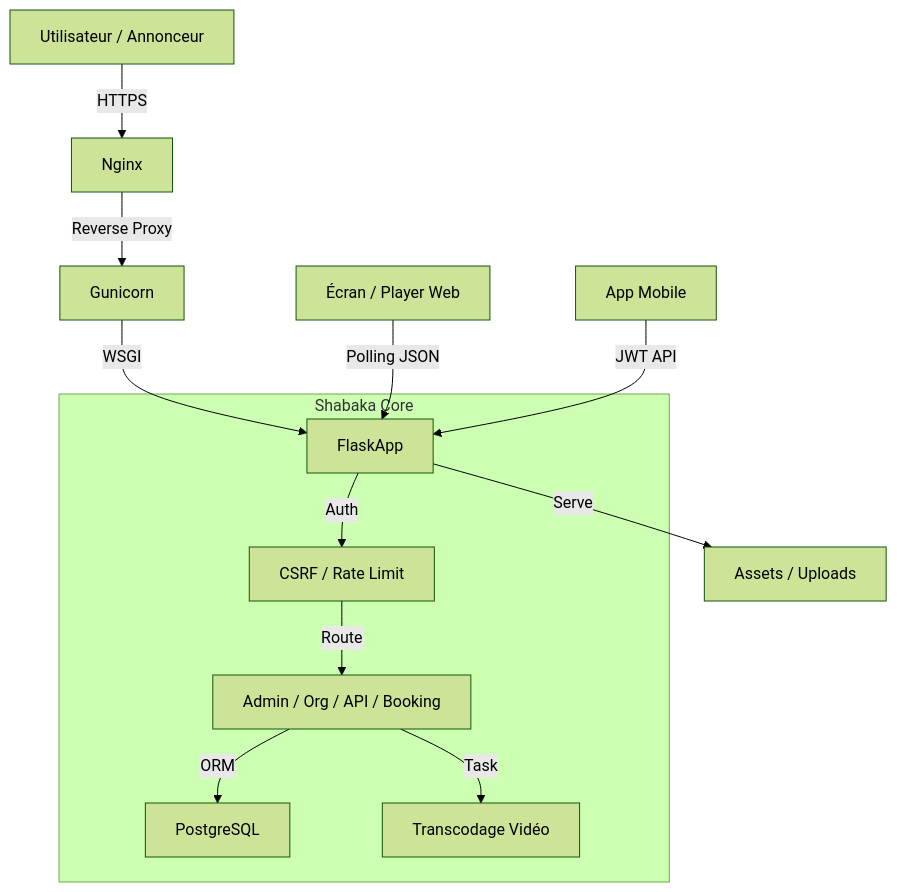
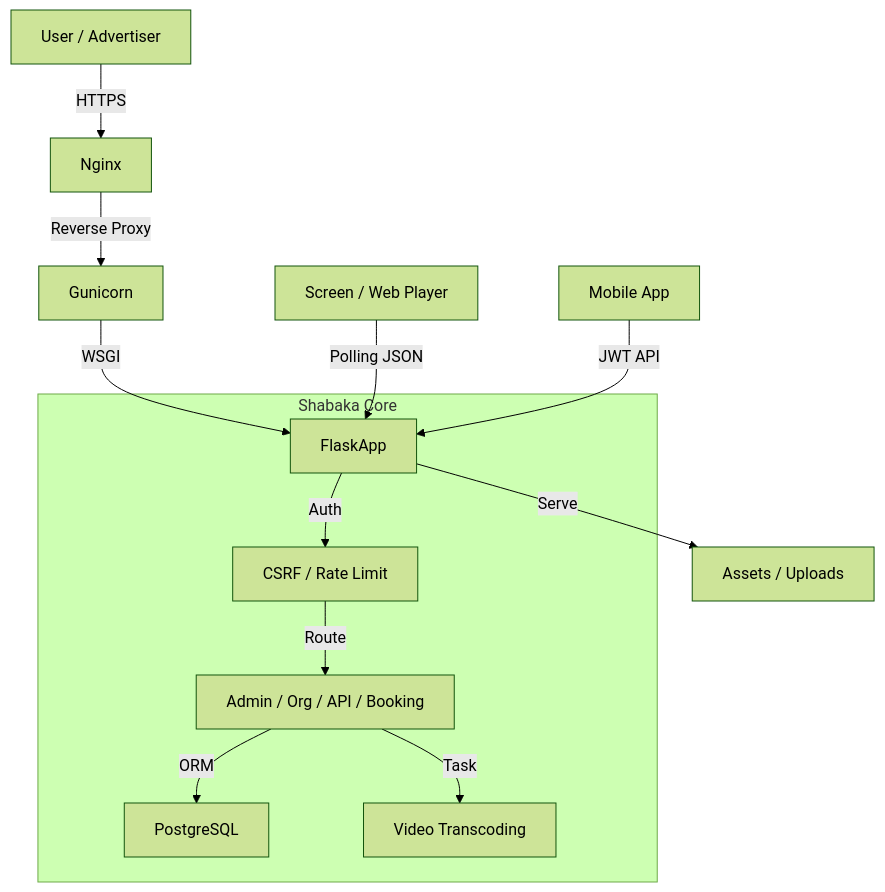
One commit to moa-digitalagency/AdScreen changed the diagram in README.md. Above: the diagram before and after it, drawn with Mermaid (forest theme). The commit also changed other lines of this file and 12 other files, not shown here.

````diff
--- a/README.md
+++ b/README.md
@@ -37,17 +41,17 @@
 ```mermaid
 graph TD
-    User[Utilisateur / Annonceur] -->|HTTPS| Nginx
+    User[User / Advertiser] -->|HTTPS| Nginx
     Nginx -->|Reverse Proxy| Gunicorn
     Gunicorn -->|WSGI| FlaskApp
 
     subgraph "Shabaka Core"
         FlaskApp -->|Auth| Security[CSRF / Rate Limit]
         Security -->|Route| Blueprints[Admin / Org / API / Booking]
         Blueprints -->|ORM| PostgreSQL
-        Blueprints -->|Task| FFmpeg[Transcodage Vidéo]
+        Blueprints -->|Task| FFmpeg[Video Transcoding]
     end
 
     FlaskApp -->|Serve| StaticFiles[Assets / Uploads]
-    Player[Écran / Player Web] -->|Polling JSON| FlaskApp
-    MobileApp[App Mobile] -->|JWT API| FlaskApp
+    Player[Screen / Web Player] -->|Polling JSON| FlaskApp
+    MobileApp[Mobile App] -->|JWT API| FlaskApp
 ```
````
